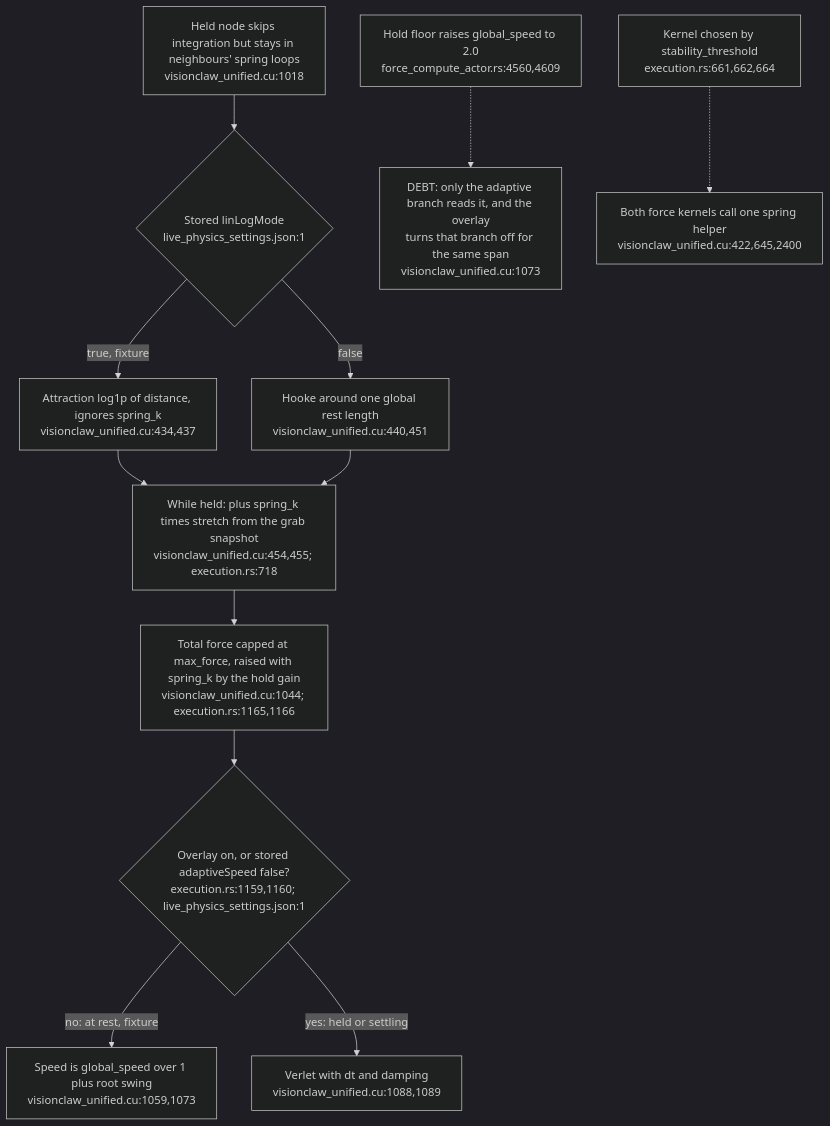
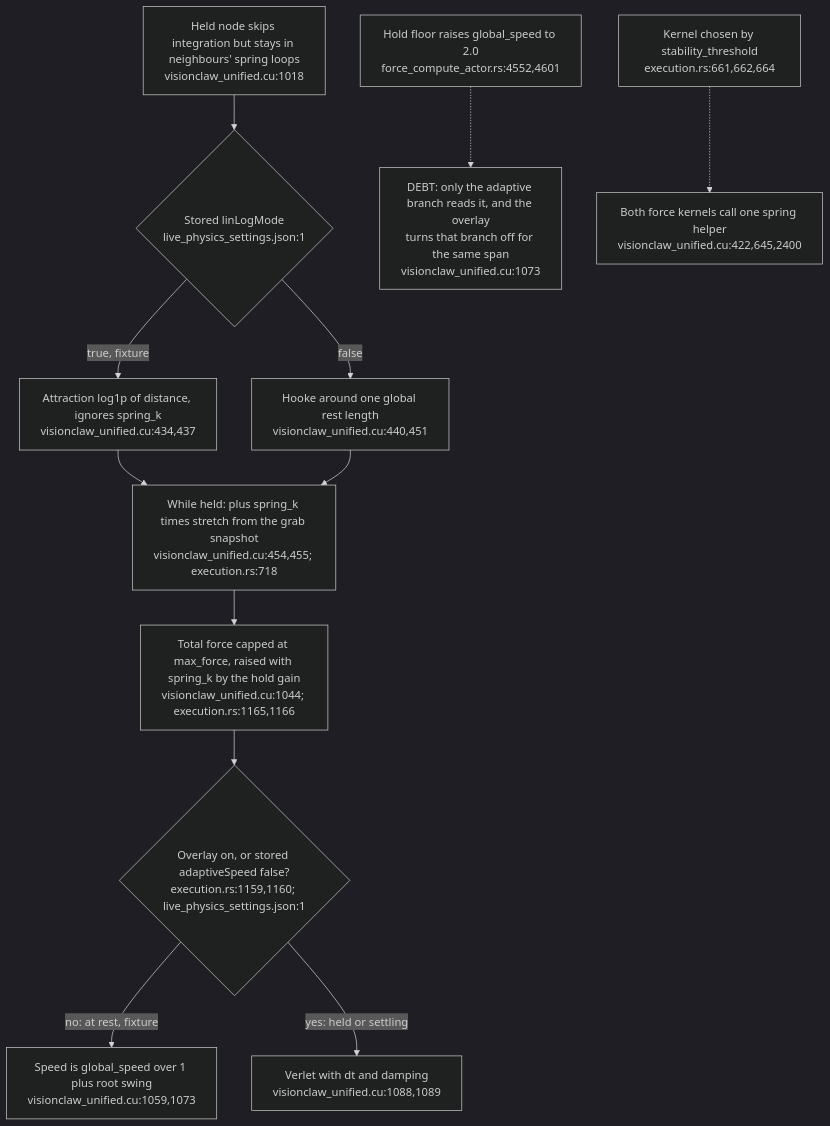
Before and after one commit to DreamLab-AI/VisionFlow: the fourth of 5 diagrams in docs/diagrams/visionclaw/54-layout-mode-step-cadence-and-settle.md, drawn with Mermaid (dark theme). The commit also changed other lines of this file and 46 other files, not shown here.

Commit message:
docs(diagrams): re-verify VisionClaw topics at 809a859aa/a950f4d80 after the consolidation pass

````diff
--- a/docs/diagrams/visionclaw/54-layout-mode-step-cadence-and-settle.md
+++ b/docs/diagrams/visionclaw/54-layout-mode-step-cadence-and-settle.md
@@ -96,14 +98,14 @@
 ```mermaid
 flowchart TD
     PIN["Held node skips integration but stays in neighbours' spring loops<br/>visionclaw_unified.cu:1018"] --> ATT{"Stored linLogMode<br/>live_physics_settings.json:1"}
     ATT -->|true, fixture| LOG["Attraction log1p of distance, ignores spring_k<br/>visionclaw_unified.cu:434,437"]
     ATT -->|false| HOOKE["Hooke around one global rest length<br/>visionclaw_unified.cu:440,451"]
     LOG --> OVL["While held: plus spring_k times stretch from the grab snapshot<br/>visionclaw_unified.cu:454,455; execution.rs:718"]
     HOOKE --> OVL
     OVL --> CAP["Total force capped at max_force, raised with spring_k by the hold gain<br/>visionclaw_unified.cu:1044; execution.rs:1165,1166"]
     CAP --> INT{"Overlay on, or stored adaptiveSpeed false?<br/>execution.rs:1159,1160; live_physics_settings.json:1"}
     INT -->|no: at rest, fixture| AD["Speed is global_speed over 1 plus root swing<br/>visionclaw_unified.cu:1059,1073"]
     INT -->|yes: held or settling| VER["Verlet with dt and damping<br/>visionclaw_unified.cu:1088,1089"]
-    FLOOR["Hold floor raises global_speed to 2.0<br/>force_compute_actor.rs:4560,4609"] -.-> GAP["DEBT: only the adaptive branch reads it, and the overlay<br/>turns that branch off for the same span<br/>visionclaw_unified.cu:1073"]
+    FLOOR["Hold floor raises global_speed to 2.0<br/>force_compute_actor.rs:4552,4601"] -.-> GAP["DEBT: only the adaptive branch reads it, and the overlay<br/>turns that branch off for the same span<br/>visionclaw_unified.cu:1073"]
     SEL["Kernel chosen by stability_threshold<br/>execution.rs:661,662,664"] -.-> ONE["Both force kernels call one spring helper<br/>visionclaw_unified.cu:422,645,2400"]
 ```
````
